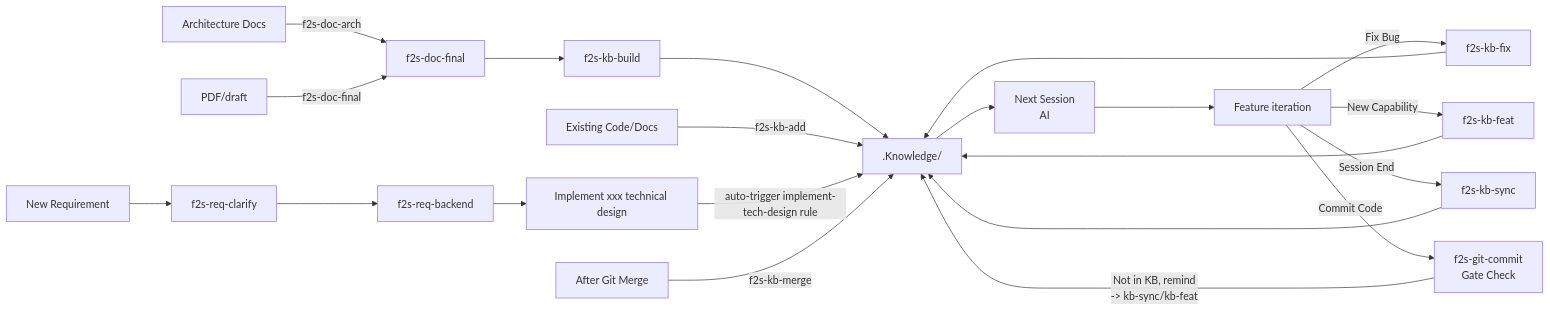
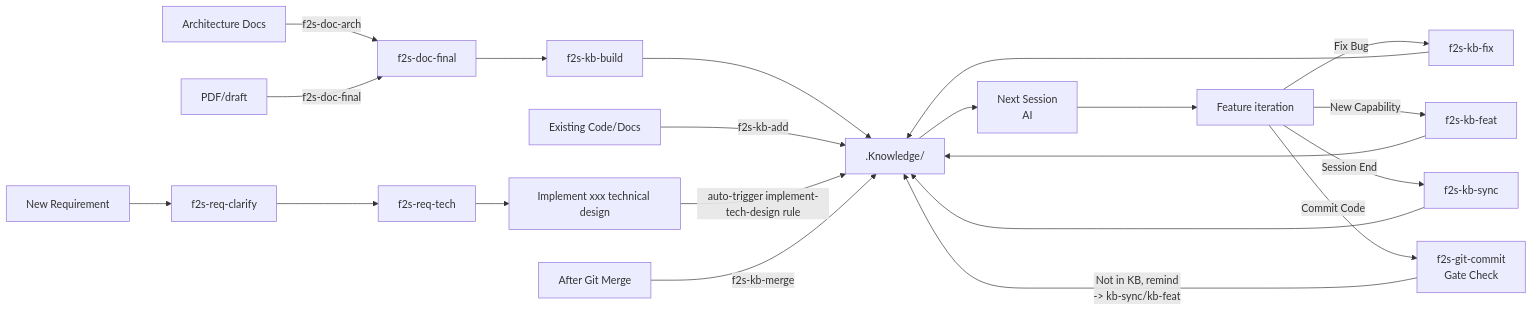
One commit to Lands-1203/Flow2Spec changed the third of 7 diagrams in docs/en/design-principles.md. Above: the diagram before and after it, drawn with Mermaid. The commit also changed 36 other files, not shown here.

First line of the commit message:
🚀 feat: 将 f2s-req-backend 重命名为 f2s-req-tech，模板升级为全端技术方案模版

````diff
--- a/docs/en/design-principles.md
+++ b/docs/en/design-principles.md
@@ -90,22 +90,22 @@
 ```mermaid
 graph LR
     K[".Knowledge/"] --> AI["Next Session\nAI"]
     AI --> C["Feature iteration"]
 
     C -->|"Fix Bug"| FIX["f2s-kb-fix"] --> K
     C -->|"New Capability"| FEAT["f2s-kb-feat"] --> K
     C -->|"Session End"| SYNC["f2s-kb-sync"] --> K
     C -->|"Commit Code"| CMT["f2s-git-commit\nGate Check"]
     CMT -->|"Not in KB, remind\n-> kb-sync/kb-feat"| K
 
     D1["Architecture Docs"] -->|f2s-doc-arch| FIN["f2s-doc-final"]
     D2["PDF/draft"] -->|f2s-doc-final| FIN
     FIN --> CTX["f2s-kb-build"] --> K
 
     OLD["Existing Code/Docs"] -->|f2s-kb-add| K
 
-    NR["New Requirement"] --> CL["f2s-req-clarify"] --> BE["f2s-req-backend"]
+    NR["New Requirement"] --> CL["f2s-req-clarify"] --> BE["f2s-req-tech"]
     BE --> IMPL["Implement xxx technical design"] -->|auto-trigger implement-tech-design rule| K
 
     GIT["After Git Merge"] -->|f2s-kb-merge| K
 ```
````
